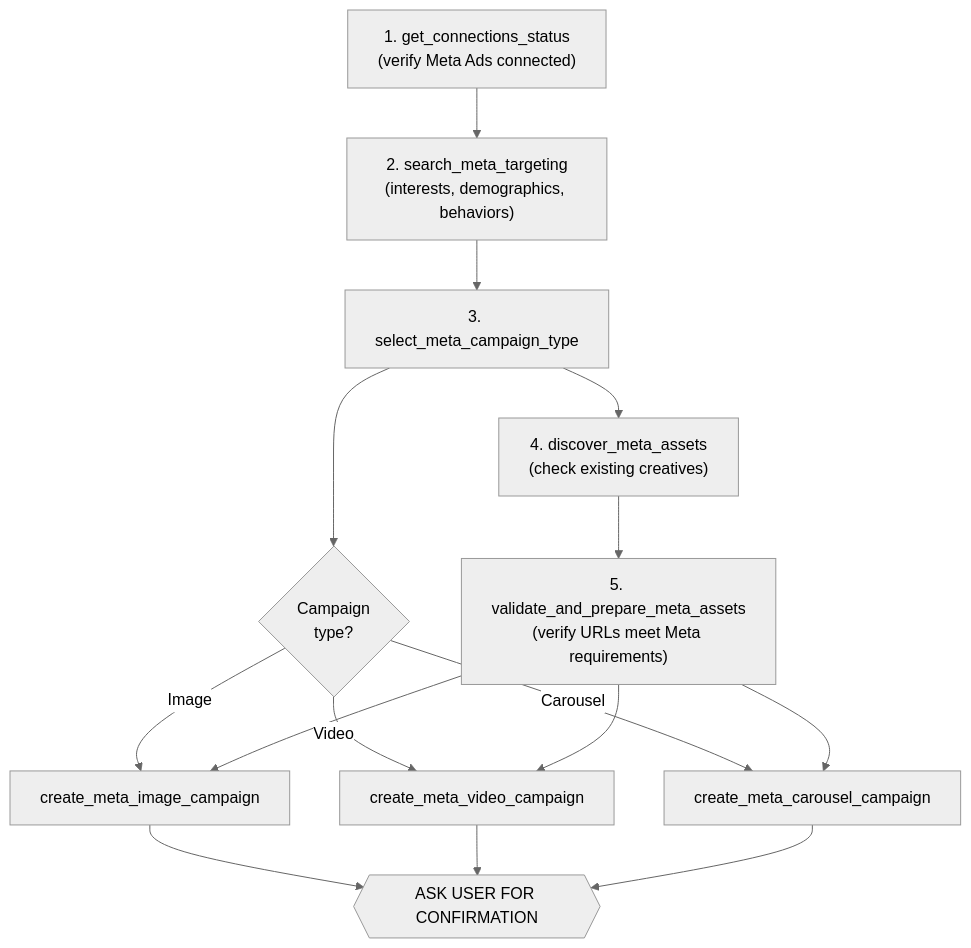
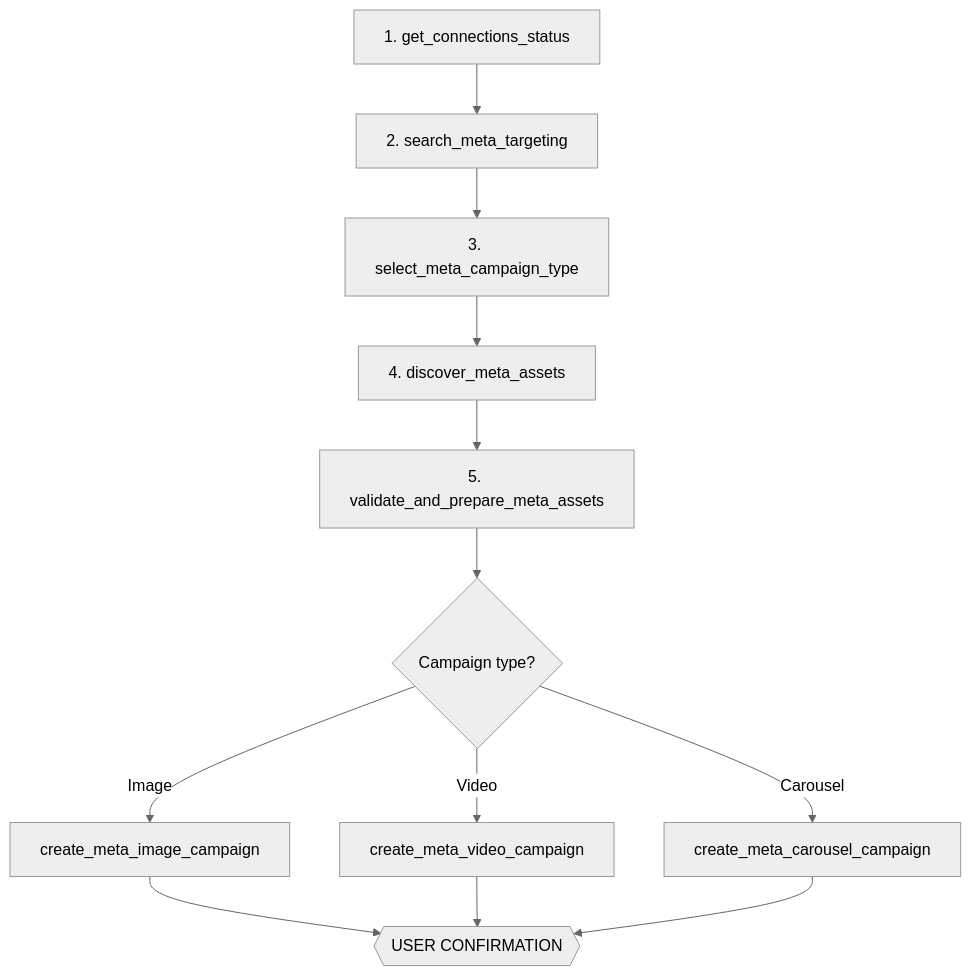
Before and after one commit to Adspirer/docs: the fourth of 8 diagrams in agent-skills/workflows.mdx, drawn with Mermaid (neutral theme). The commit also changed other lines of this file and 1 other file, not shown here.

First line of the commit message:
Fix Mermaid diagrams and restore plain-text tool sequences for LLM readability

````diff
--- a/agent-skills/workflows.mdx
+++ b/agent-skills/workflows.mdx
@@ -101,17 +143,14 @@
 ```mermaid
 flowchart TD
-    A["1. get_connections_status\n(verify Meta Ads connected)"] --> B["2. search_meta_targeting\n(interests, demographics, behaviors)"]
+    A["1. get_connections_status"] --> B["2. search_meta_targeting"]
     B --> C["3. select_meta_campaign_type"]
-    C --> D{"Campaign\ntype?"}
-    D -->|Image| G["create_meta_image_campaign"]
-    D -->|Video| H["create_meta_video_campaign"]
-    D -->|Carousel| I["create_meta_carousel_campaign"]
-    C --> E["4. discover_meta_assets\n(check existing creatives)"]
-    E --> F["5. validate_and_prepare_meta_assets\n(verify URLs meet Meta requirements)"]
-    F --> G
-    F --> H
-    F --> I
-    G --> J{{"ASK USER FOR CONFIRMATION"}}
+    C --> D["4. discover_meta_assets"]
+    D --> E["5. validate_and_prepare_meta_assets"]
+    E --> F{"Campaign type?"}
+    F -->|Image| G["create_meta_image_campaign"]
+    F -->|Video| H["create_meta_video_campaign"]
+    F -->|Carousel| I["create_meta_carousel_campaign"]
+    G --> J{{"USER CONFIRMATION"}}
     H --> J
     I --> J
 ```
````
